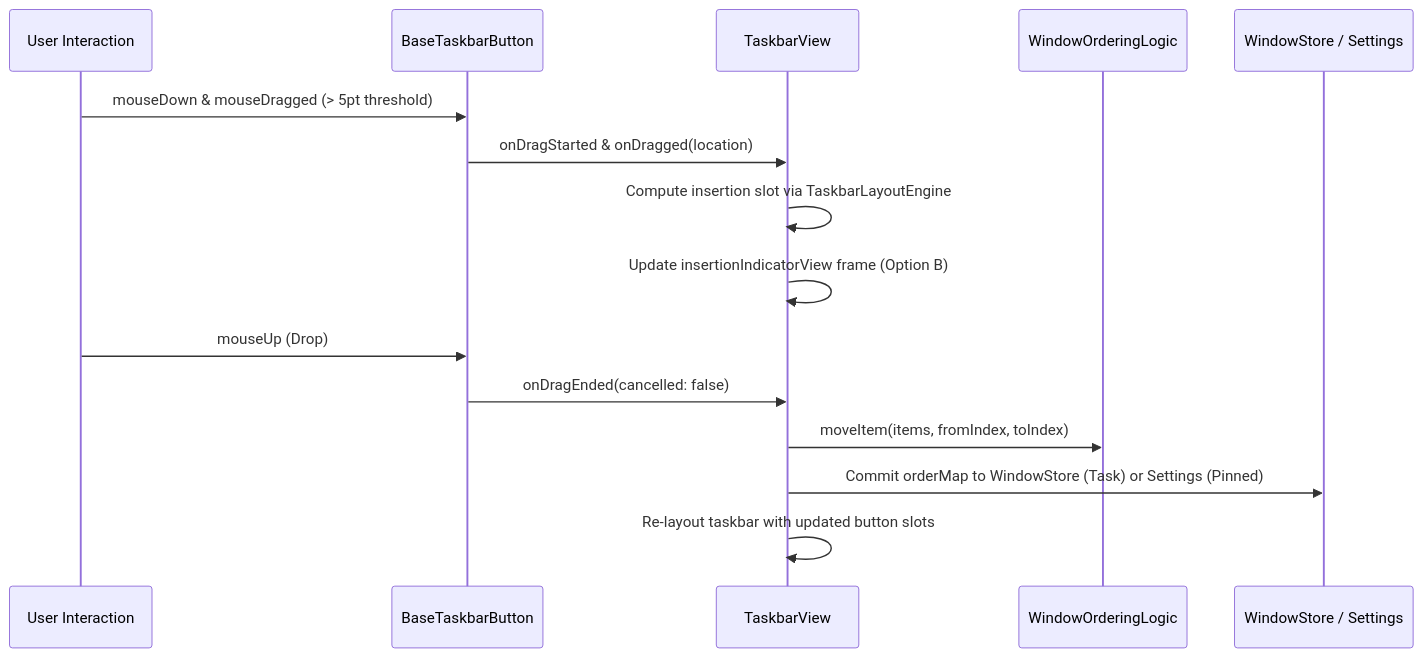
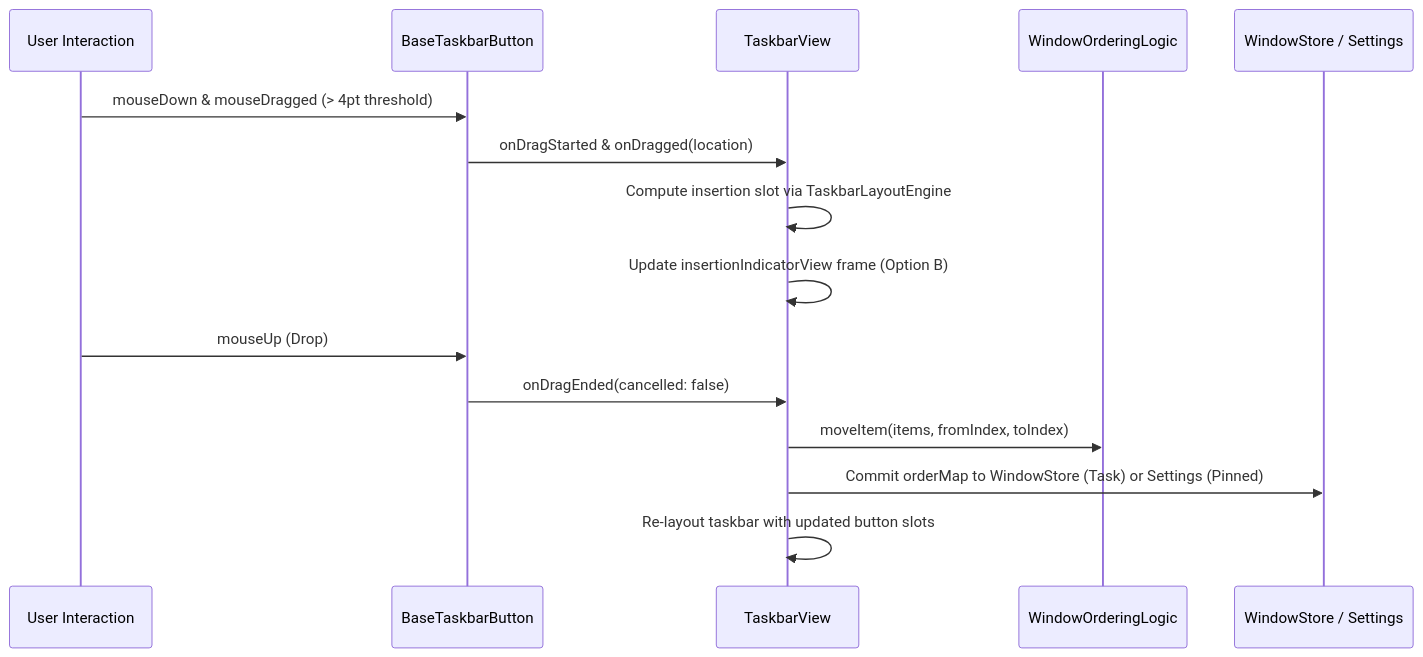
One commit to obertguo/macos-taskbar changed the seventh of 7 diagrams in docs/ARCHITECTURE.md. Above: the diagram before and after it, drawn with Mermaid. The commit also changed other lines of this file and 19 other files, not shown here.

````diff
--- a/docs/ARCHITECTURE.md
+++ b/docs/ARCHITECTURE.md
@@ -369,18 +369,18 @@
 ```mermaid
 sequenceDiagram
     participant User as User Interaction
     participant Button as BaseTaskbarButton
     participant View as TaskbarView
     participant Logic as WindowOrderingLogic
     participant Store as WindowStore / Settings
 
-    User->>Button: mouseDown & mouseDragged (> 5pt threshold)
+    User->>Button: mouseDown & mouseDragged (> 4pt threshold)
     Button->>View: onDragStarted & onDragged(location)
     View->>View: Compute insertion slot via TaskbarLayoutEngine
     View->>View: Update insertionIndicatorView frame (Option B)
     User->>Button: mouseUp (Drop)
     Button->>View: onDragEnded(cancelled: false)
     View->>Logic: moveItem(items, fromIndex, toIndex)
     View->>Store: Commit orderMap to WindowStore (Task) or Settings (Pinned)
     View->>View: Re-layout taskbar with updated button slots
 ```
````
